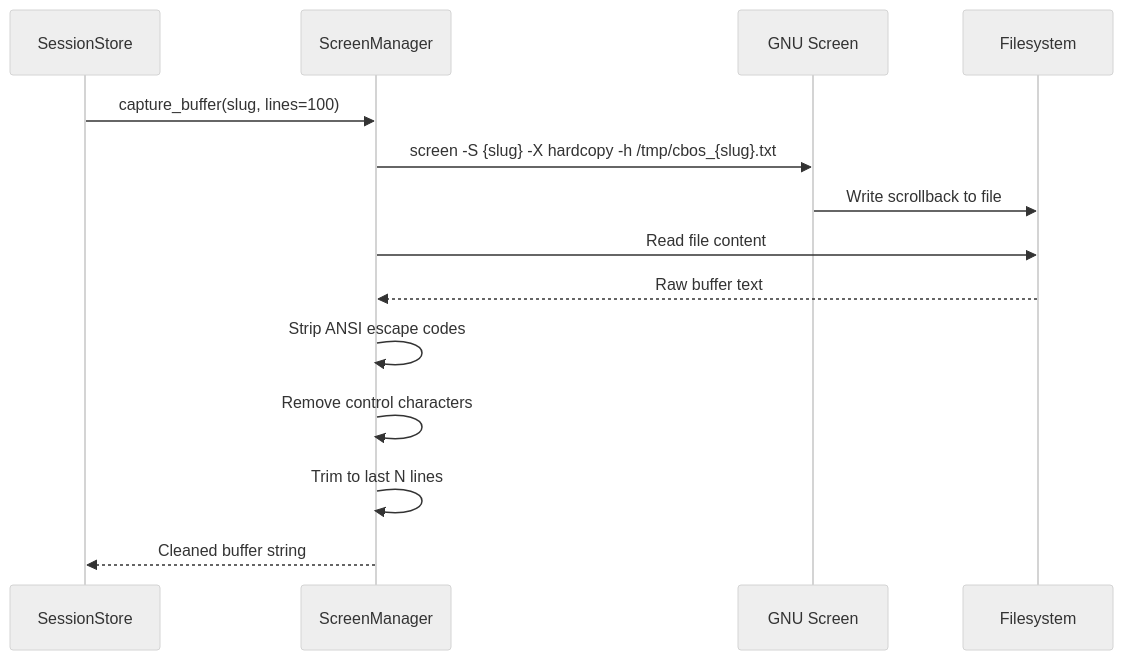
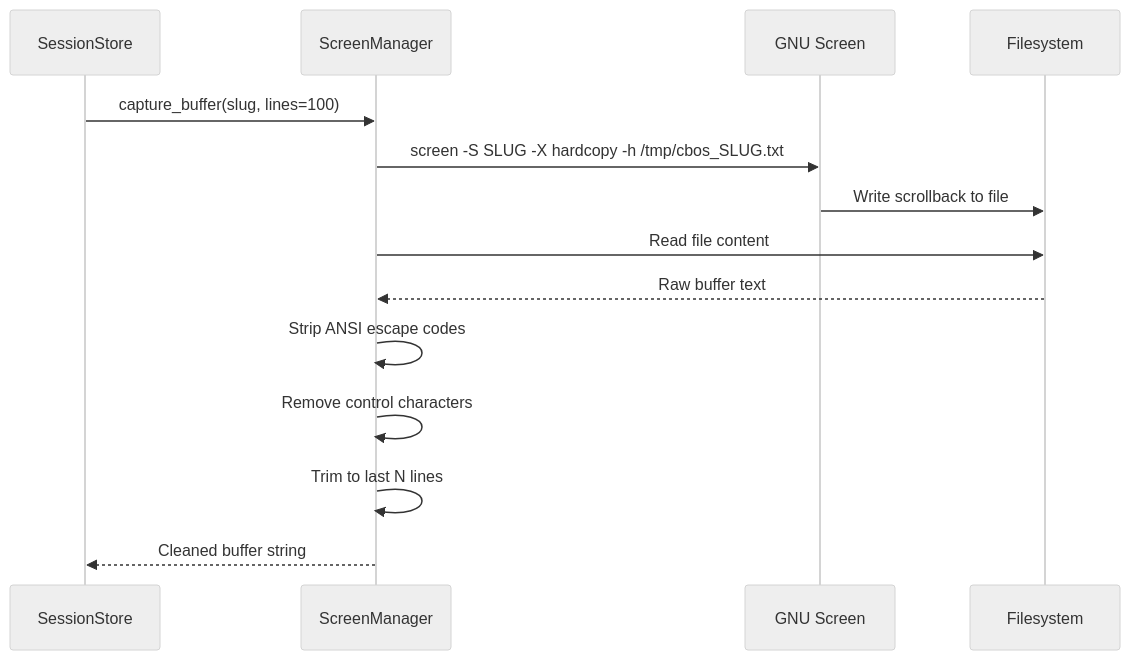
One commit to Nominate-AI/cbos changed the third of 8 diagrams in docs/WORKFLOW.md. Above: the diagram before and after it, drawn with Mermaid (neutral theme). The commit also changed other lines of this file, not shown here.

Commit message:
Fix Mermaid rendering - escape curly braces in node text
Replace {slug} with SLUG in flowchart nodes to avoid
Mermaid parser interpreting braces as diamond syntax.

🤖 Generated with [Claude Code](https://claude.com/claude-code)

````diff
--- a/docs/WORKFLOW.md
+++ b/docs/WORKFLOW.md
@@ -101,17 +101,17 @@
 ```mermaid
 sequenceDiagram
     participant Store as SessionStore
     participant SM as ScreenManager
     participant Screen as GNU Screen
     participant FS as Filesystem
 
     Store->>SM: capture_buffer(slug, lines=100)
-    SM->>Screen: screen -S {slug} -X hardcopy -h /tmp/cbos_{slug}.txt
+    SM->>Screen: screen -S SLUG -X hardcopy -h /tmp/cbos_SLUG.txt
     Screen->>FS: Write scrollback to file
     SM->>FS: Read file content
     FS-->>SM: Raw buffer text
     SM->>SM: Strip ANSI escape codes
     SM->>SM: Remove control characters
     SM->>SM: Trim to last N lines
     SM-->>Store: Cleaned buffer string
 ```
````
